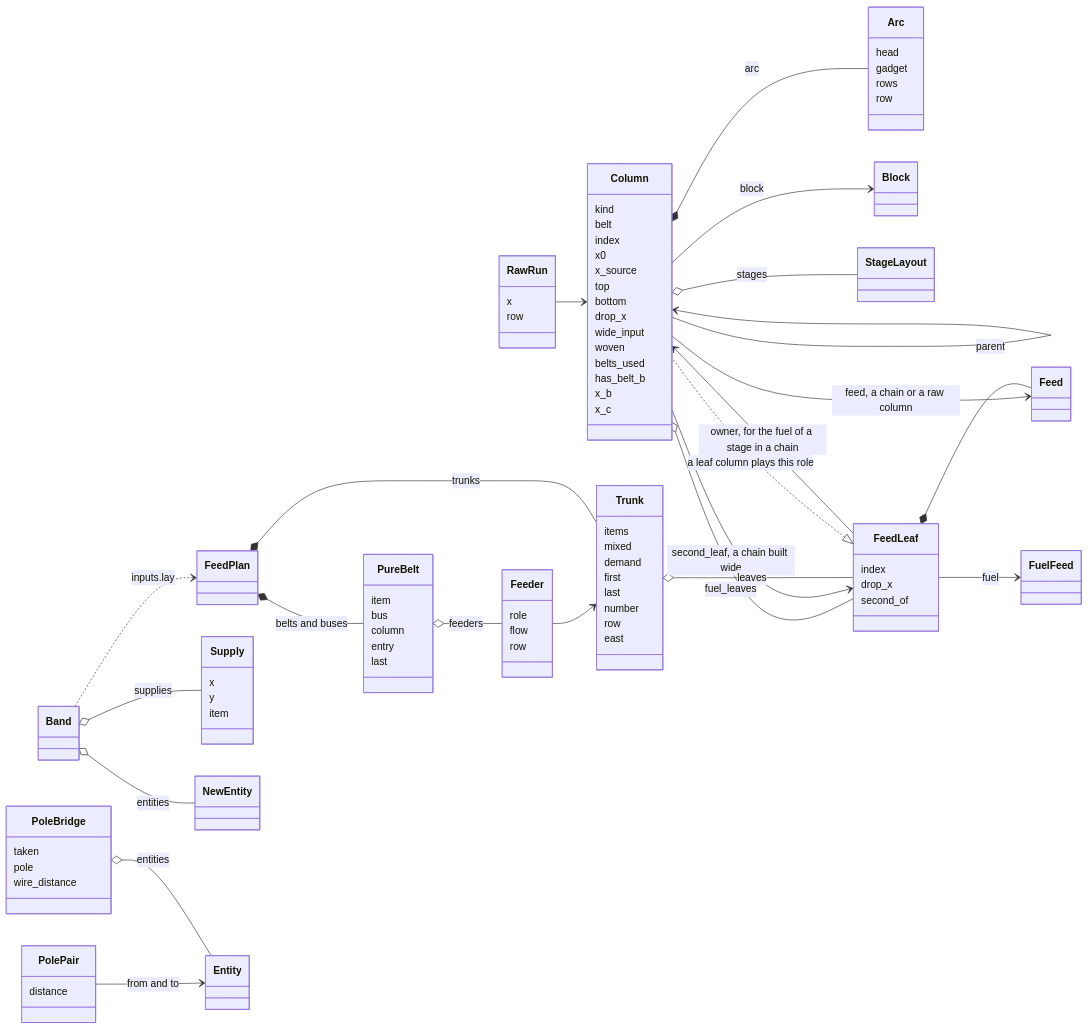
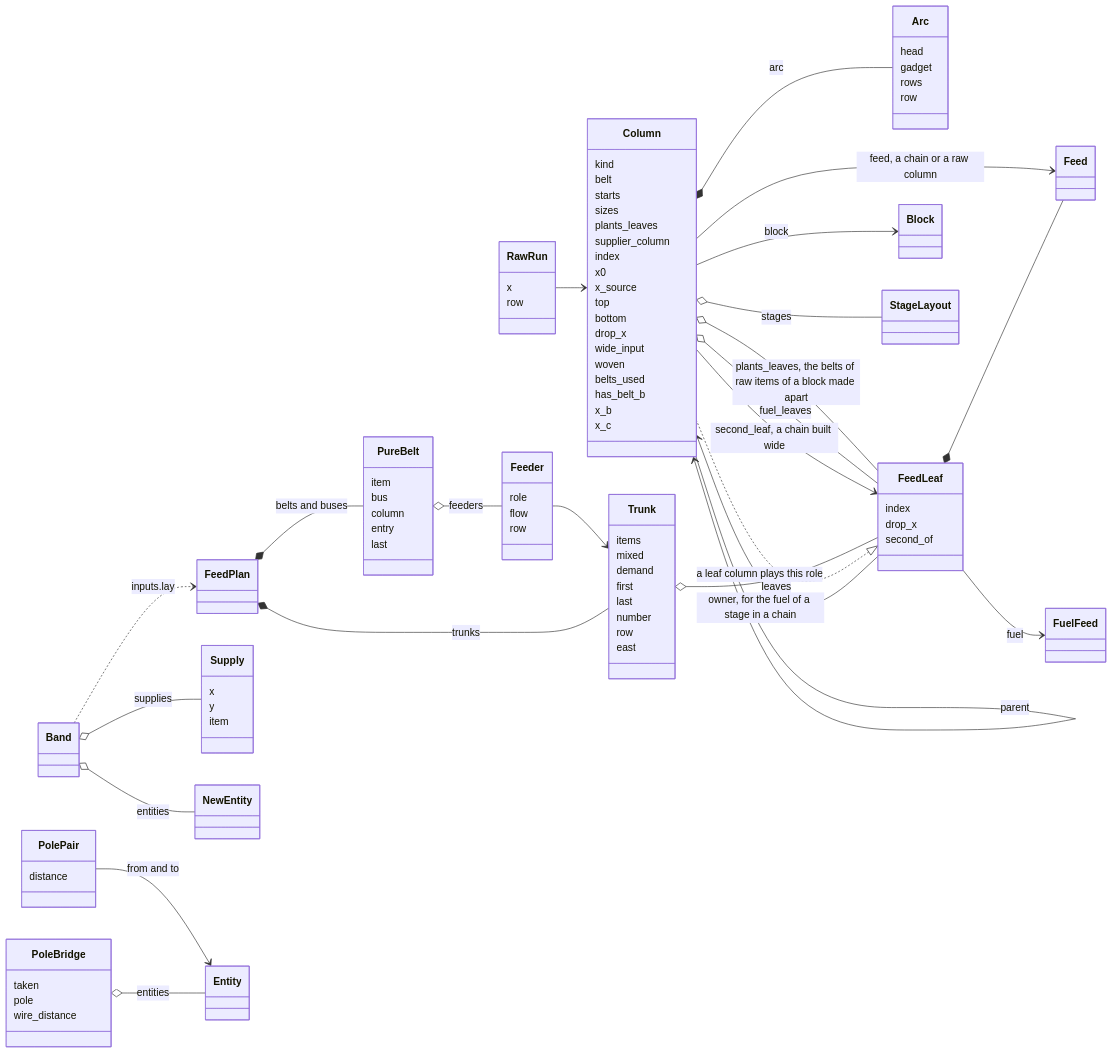
One commit to RibbonedAce/factorio-blueprint-generation changed the fifth of 6 diagrams in TYPES.md. Above: the diagram before and after it, drawn with Mermaid. The commit also changed other lines of this file and 39 other files, not shown here.

First line of the commit message:
Take items made in plants and fluids made by machines in recipes on belts

```diff
--- a/TYPES.md
+++ b/TYPES.md
@@ -444,6 +500,10 @@
   class Column {
     kind
     belt
+    starts
+    sizes
+    plants_leaves
+    supplier_column
     index
     x0
     x_source
@@ -469,6 +529,8 @@
   }
 
   Column o-- Column : children
+  Column --> Column : supplier_column, the block that makes the fluid a final column takes, right west of its pipes, with no arc
+  Column o-- FeedLeaf : plants_leaves, the belts of raw items of a block made apart
   Column --> Column : parent
   Column *-- Arc : arc
   Column --> Block : block
```
